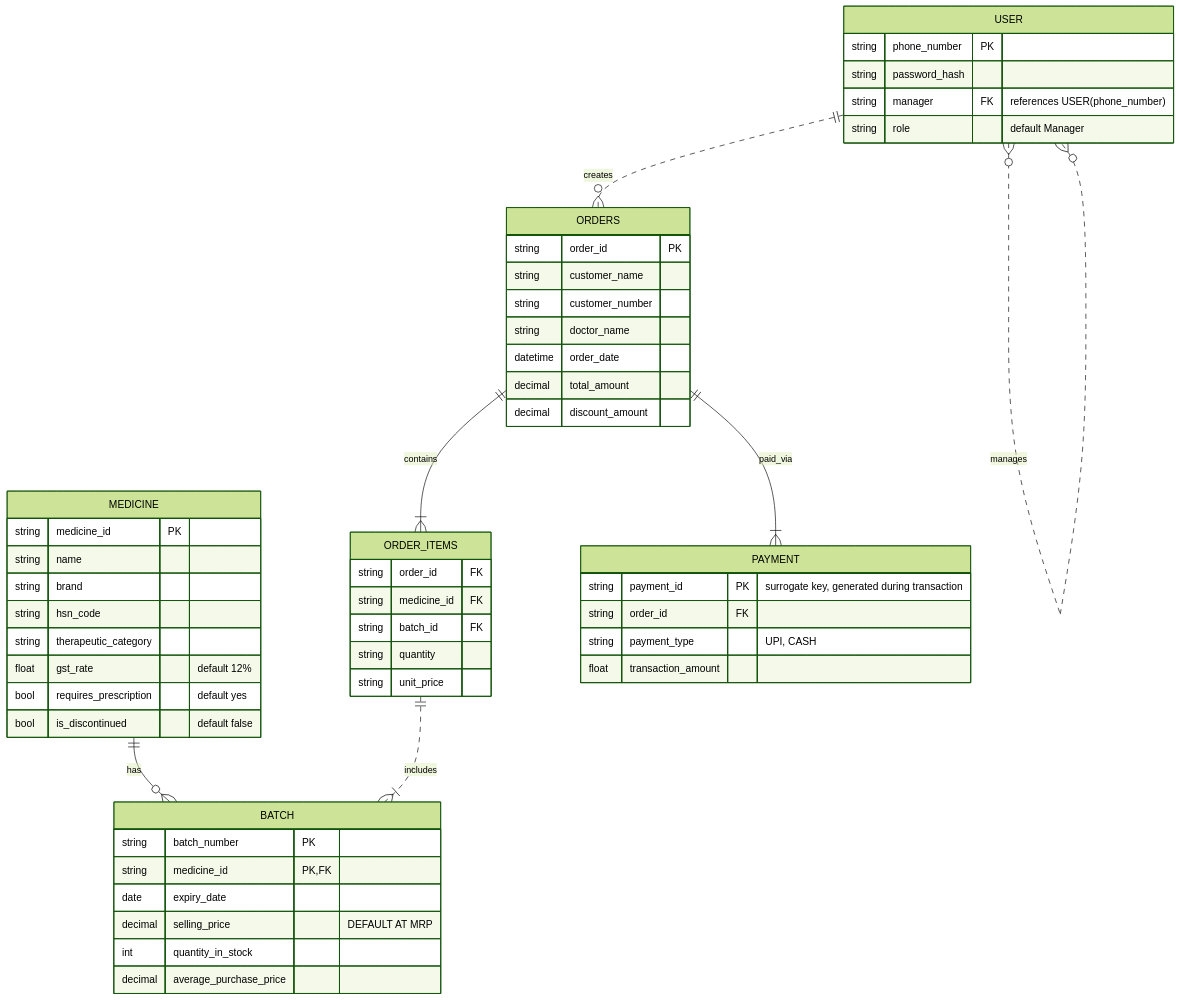
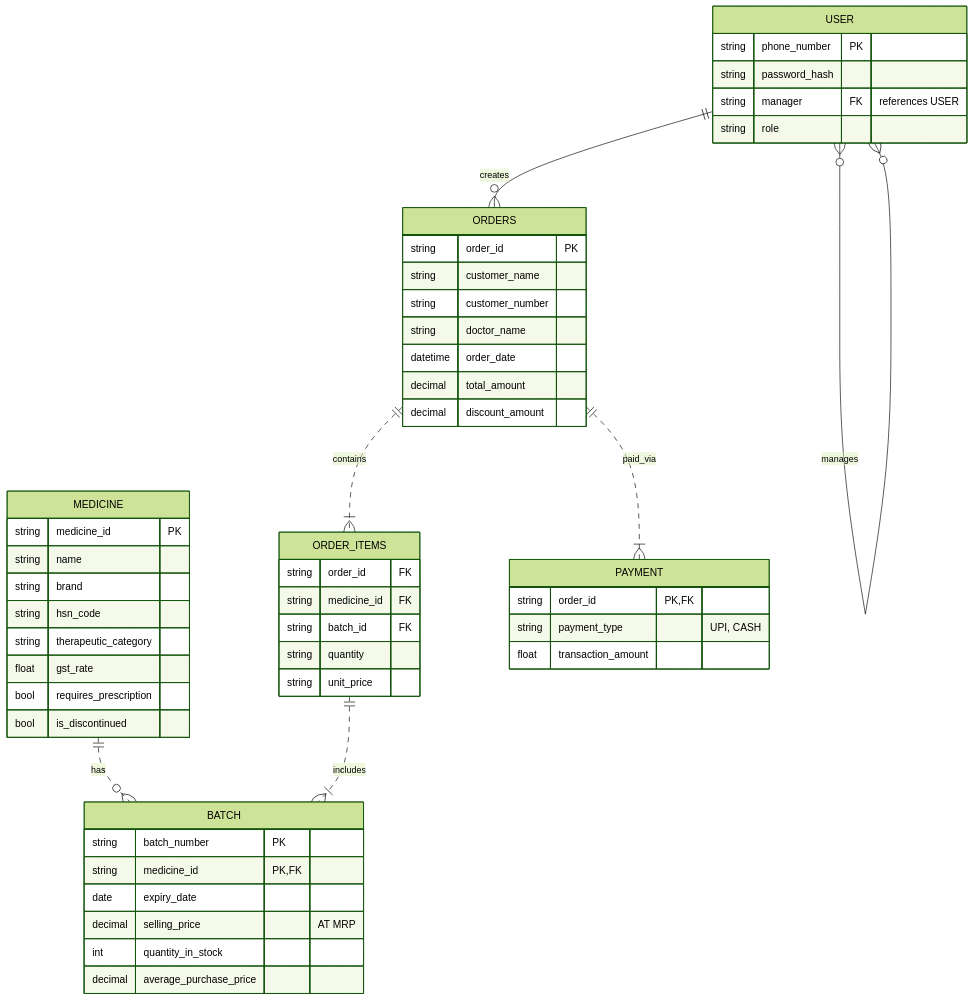
The diagram in er_diagram.md (MET4L-DS/miniPharma), drawn with Mermaid (forest theme) before and after one commit.

Commit message:
Corrected Cardinality & Relationship

````diff
--- a/er_diagram.md
+++ b/er_diagram.md
@@ -1,61 +1,60 @@
 ```mermaid
 erDiagram
     USER {
     string phone_number PK
     string password_hash
-    string manager FK "references USER(phone_number)"
-    string role "default Manager"
+    string manager FK "references USER"
+    string role
     }
 
     MEDICINE {
         string medicine_id PK
         string name
         string brand
         string hsn_code
         string therapeutic_category
-        float gst_rate "default 12%"
-        bool requires_prescription "default yes"
-        bool is_discontinued "default false"
+        float gst_rate
+        bool requires_prescription
+        bool is_discontinued
     }
 
     BATCH {
         string batch_number PK
         string medicine_id PK,FK
         date expiry_date
-        decimal selling_price "DEFAULT AT MRP"
+        decimal selling_price "AT MRP"
         int quantity_in_stock
         decimal average_purchase_price
     }
 
     ORDERS {
         string order_id PK
         string customer_name
         string customer_number
         string doctor_name
         datetime order_date
         decimal total_amount
         decimal discount_amount
     }
 
     ORDER_ITEMS {
         string order_id FK
         string medicine_id FK
         string batch_id FK
         string quantity
         string unit_price
     }
 
     PAYMENT {
-        string payment_id PK	"surrogate key, generated during transaction"
-        string order_id FK
+        string order_id PK, FK
         string payment_type "UPI, CASH"
         float transaction_amount
     }
 
-    USER }o..o{ USER : manages
-    USER ||..o{ ORDERS : creates
-    MEDICINE ||--o{ BATCH : has
-    ORDERS ||--|{ ORDER_ITEMS : contains
-    ORDERS ||--|{ PAYMENT : paid_via
+    USER }o--o{ USER : manages
+    USER ||--o{ ORDERS : creates
+    MEDICINE ||..o{ BATCH : has
+    ORDERS ||..|{ ORDER_ITEMS : contains
+    ORDERS ||..|{ PAYMENT : paid_via
     ORDER_ITEMS ||..|{ BATCH : includes
 ```
````
